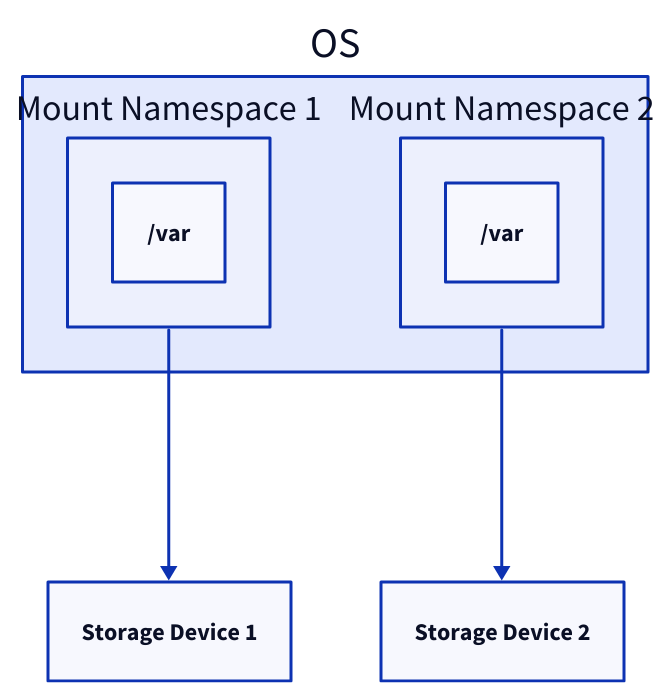
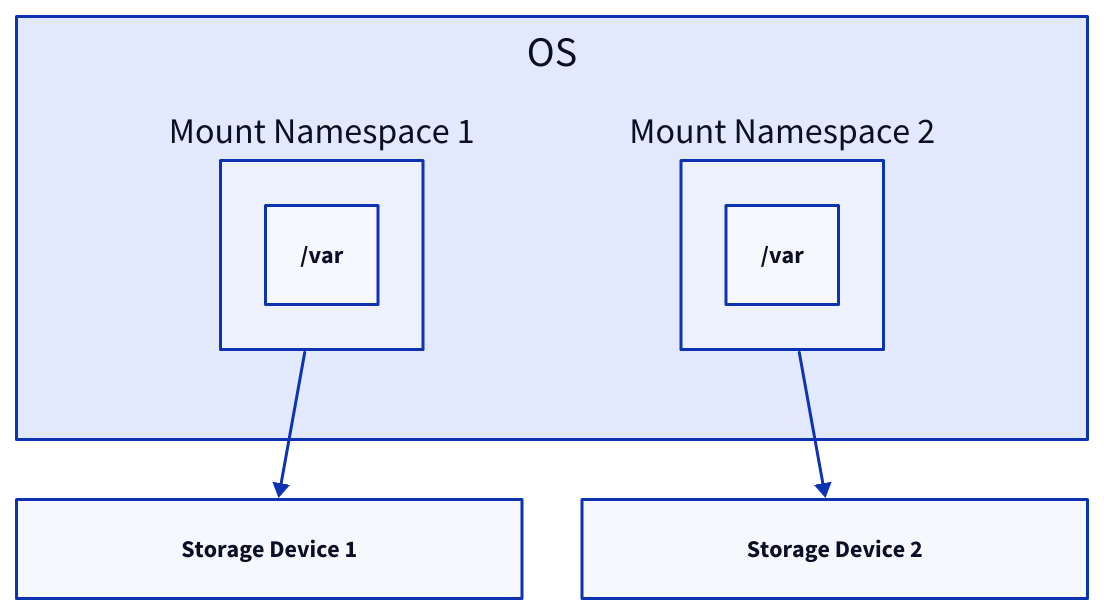
Diagram 15 of 26 in content/docs/system-administration/system-deployment/containerization.md (link1905/system-design-101), drawn with D2 before and after one commit. The commit also changed other lines of this file and 21 other files, not shown here.

````diff
--- a/content/docs/system-administration/system-deployment/containerization.md
+++ b/content/docs/system-administration/system-deployment/containerization.md
@@ -468,18 +497,25 @@
 ```d2
+grid-rows: 2
 o: OS {
-    n1: Mount Namespace 1 {
-        "/var"
-    }
-    n2: Mount Namespace 2 {
-        "/var"
-    }
+  grid-rows: 1
+  horizontal-gap: 100
+  n1: Mount Namespace 1 {
+      "/var" {
+        class: folder
+      }
+  }
+  n2: Mount Namespace 2 {
+      "/var" {
+        class: folder
+      }
+  }
 }
 d1: Storage Device 1 {
   class: hd
 }
 d2: Storage Device 2 {
   class: hd
 }
 o.n1 -> d1
 o.n2 -> d2
 ```
````
